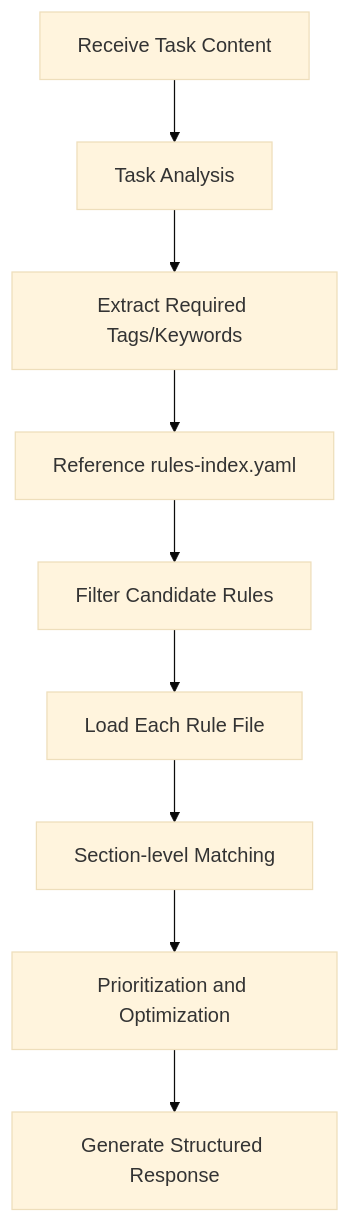
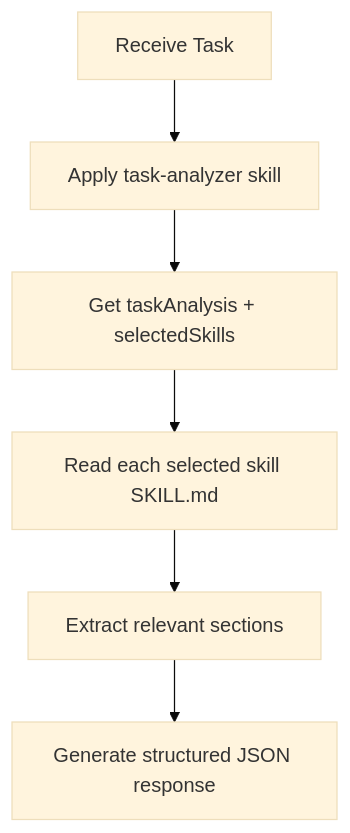
The diagram in agents/rule-advisor.md (shinpr/claude-code-workflows), drawn with Mermaid (base theme) before and after one commit. The commit also changed other lines of this file and 60 other files, not shown here.

First line of the commit message:
feat: migrate rules/guides/templates to Claude Code skills system

````diff
--- a/agents/rule-advisor.md
+++ b/agents/rule-advisor.md
@@ -44,11 +12,8 @@
 ```mermaid
 graph TD
-    A[Receive Task Content] --> B[Task Analysis]
-    B --> C[Extract Required Tags/Keywords]
-    C --> D[Reference rules-index.yaml]
-    D --> E[Filter Candidate Rules]
-    E --> F[Load Each Rule File]
-    F --> G[Section-level Matching]
-    G --> H[Prioritization and Optimization]
-    H --> I[Generate Structured Response]
+    A[Receive Task] --> B[Apply task-analyzer skill]
+    B --> C[Get taskAnalysis + selectedSkills]
+    C --> D[Read each selected skill SKILL.md]
+    D --> E[Extract relevant sections]
+    E --> F[Generate structured JSON response]
 ```
````
